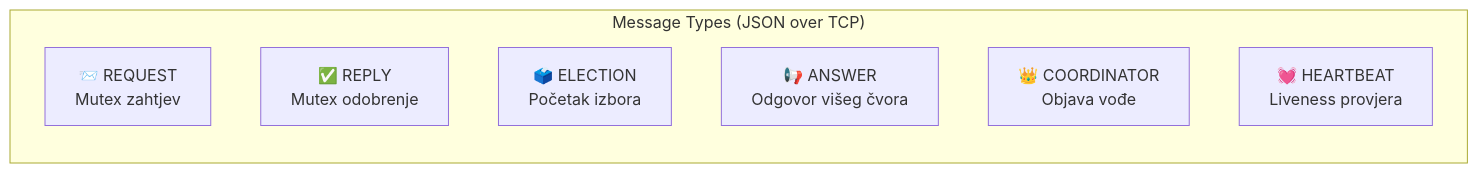
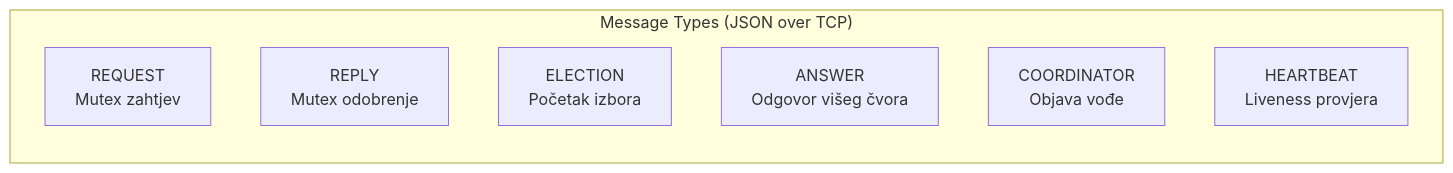
The second of 6 diagrams in docs/architecture.md (mapokapo/drs-p2-project), drawn with Mermaid before and after one commit. The commit also changed other lines of this file, not shown here.

Commit message:
Format fix

````diff
--- a/docs/architecture.md
+++ b/docs/architecture.md
@@ -77,12 +77,12 @@
 ```mermaid
 flowchart LR
     subgraph Protocol["Message Types (JSON over TCP)"]
         direction TB
-        REQ["📨 REQUEST<br/>Mutex zahtjev"]
-        REP["✅ REPLY<br/>Mutex odobrenje"]
-        ELE["🗳️ ELECTION<br/>Početak izbora"]
-        ANS["📢 ANSWER<br/>Odgovor višeg čvora"]
-        COO["👑 COORDINATOR<br/>Objava vođe"]
-        HB["💓 HEARTBEAT<br/>Liveness provjera"]
+        REQ["REQUEST<br/>Mutex zahtjev"]
+        REP["REPLY<br/>Mutex odobrenje"]
+        ELE["ELECTION<br/>Početak izbora"]
+        ANS["ANSWER<br/>Odgovor višeg čvora"]
+        COO["COORDINATOR<br/>Objava vođe"]
+        HB["HEARTBEAT<br/>Liveness provjera"]
     end
 ```
````
